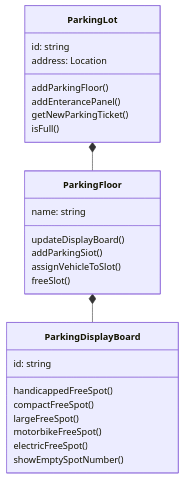
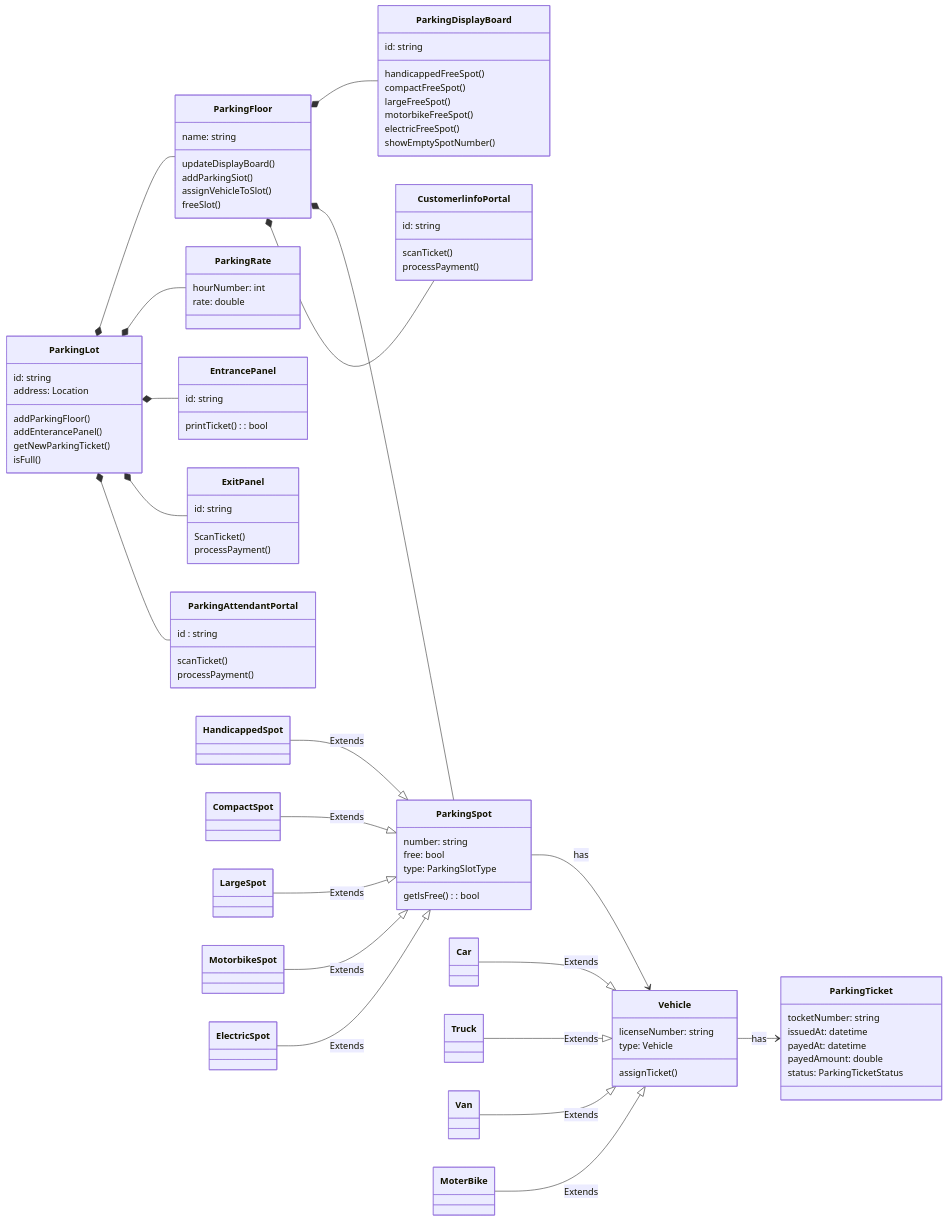
Before and after one commit to piyushmani/grokking-the-object-oriented-design-interview: the diagram in Parking Lot/readme.md, drawn with Mermaid.

````diff
--- a/Parking Lot/readme.md
+++ b/Parking Lot/readme.md
@@ -27,6 +27,6 @@
 ```mermaid
 classDiagram
-    
+    direction LR
     class ParkingLot{
       id: string
       address: Location
@@ -51,8 +51,94 @@
       electricFreeSpot()
       showEmptySpotNumber()
     }
+    class ParkingRate{
+      hourNumber: int 
+      rate: double
+    }
+    class ParkingSpot{
+      number: string
+      free: bool
+      type: ParkingSlotType
+      getlsFree(): bool
+    }
+    class EntrancePanel{
+      id: string
+      printTicket(): bool
+    }
+
+    class ExitPanel{
+      id: string
+      ScanTicket()
+      processPayment()
+    }
+
+    class ParkingAttendantPortal{
+      id : string
+      scanTicket()
+      processPayment()
+    }
+
+    class CustomerlinfoPortal{
+      id: string
+      scanTicket()
+      processPayment()
+    }
+
+    class Vehicle{
+      licenseNumber: string
+      type: Vehicle 
+      assignTicket()
+    }
+    class ParkingTicket{
+      tocketNumber: string
+      issuedAt: datetime
+      payedAt: datetime
+      payedAmount: double
+      status: ParkingTicketStatus
+    }
+
+    class Car{
+    }
+    class Truck{
+    }
+    class Van{
+    }
+    class MoterBike{
+    }
+    class HandicappedSpot{
+    }
+    class CompactSpot{
+    }
+    class LargeSpot{
+    }
+    class MotorbikeSpot{
+    }
+    class ElectricSpot{
+    }
+
 
     ParkingLot *-- ParkingFloor
-    ParkingFloor *-- ParkingDisplayBoard  
+    ParkingLot *-- ParkingRate
+    ParkingFloor *-- ParkingDisplayBoard 
+    ParkingFloor *-- ParkingSpot
+    ParkingFloor *-- CustomerlinfoPortal 
+    ParkingLot *-- EntrancePanel 
+    ParkingLot *-- ExitPanel 
+    ParkingLot *-- ParkingAttendantPortal
 
+    Vehicle --> ParkingTicket : has
+    ParkingSpot --> Vehicle : has
+    Car --|> Vehicle : Extends
+    Truck --|> Vehicle : Extends
+    Van --|> Vehicle : Extends
+    MoterBike --|> Vehicle : Extends
+    HandicappedSpot --|> ParkingSpot : Extends
+    CompactSpot --|> ParkingSpot : Extends
+    LargeSpot --|> ParkingSpot : Extends
+    ElectricSpot --|> ParkingSpot : Extends
+    MotorbikeSpot --|> ParkingSpot : Extends
+
+
+
+            
 ```
````
